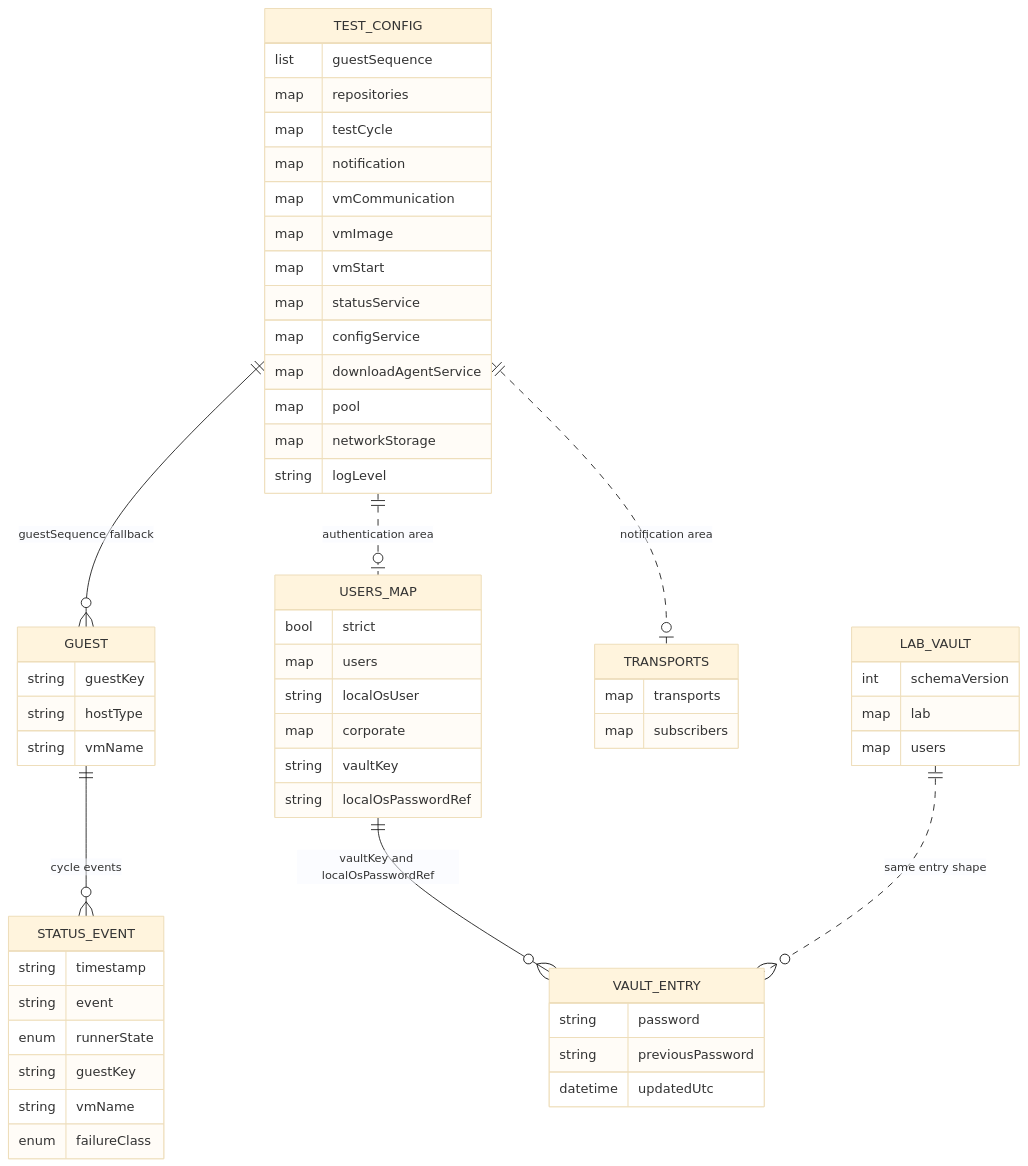
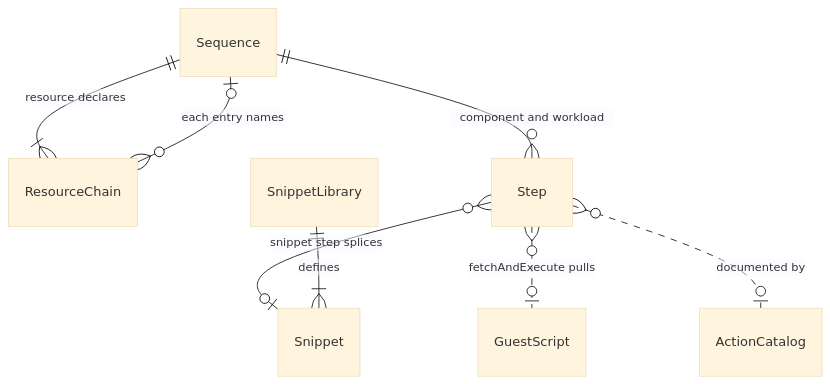
The fifth of 10 diagrams in docs/design/05-data-model.md (alissonsol/yuruna), drawn with Mermaid (base theme) before and after one commit. The commit also changed other lines of this file and 635 other files, not shown here.

````diff
--- a/docs/design/05-data-model.md
+++ b/docs/design/05-data-model.md
@@ -291,60 +269,10 @@
 ```mermaid
 erDiagram
-    TEST_CONFIG ||--o{ GUEST : "guestSequence fallback"
-    TEST_CONFIG ||..o| USERS_MAP : "authentication area"
-    TEST_CONFIG ||..o| TRANSPORTS : "notification area"
-    USERS_MAP ||--o{ VAULT_ENTRY : "vaultKey and localOsPasswordRef"
-    LAB_VAULT ||..o{ VAULT_ENTRY : "same entry shape"
-    GUEST ||--o{ STATUS_EVENT : "cycle events"
-
-    TEST_CONFIG {
-        list guestSequence
-        map repositories
-        map testCycle
-        map notification
-        map vmCommunication
-        map vmImage
-        map vmStart
-        map statusService
-        map configService
-        map downloadAgentService
-        map pool
-        map networkStorage
-        string logLevel
-    }
-    GUEST {
-        string guestKey
-        string hostType
-        string vmName
-    }
-    USERS_MAP {
-        bool strict
-        map users
-        string localOsUser
-        map corporate
-        string vaultKey
-        string localOsPasswordRef
-    }
-    VAULT_ENTRY {
-        string password
-        string previousPassword
-        datetime updatedUtc
-    }
-    LAB_VAULT {
-        int schemaVersion
-        map lab
-        map users
-    }
-    TRANSPORTS {
-        map transports
-        map subscribers
-    }
-    STATUS_EVENT {
-        string timestamp
-        string event
-        enum runnerState
-        string guestKey
-        string vmName
-        enum failureClass
-    }
+    Sequence ||--|{ ResourceChain : "resource declares"
+    ResourceChain }o--o| Sequence : "each entry names"
+    Sequence ||--o{ Step : "component and workload"
+    Step }o--o| Snippet : "snippet step splices"
+    SnippetLibrary ||--|{ Snippet : "defines"
+    Step }o..o| GuestScript : "fetchAndExecute pulls"
+    Step }o..o| ActionCatalog : "documented by"
 ```
````
